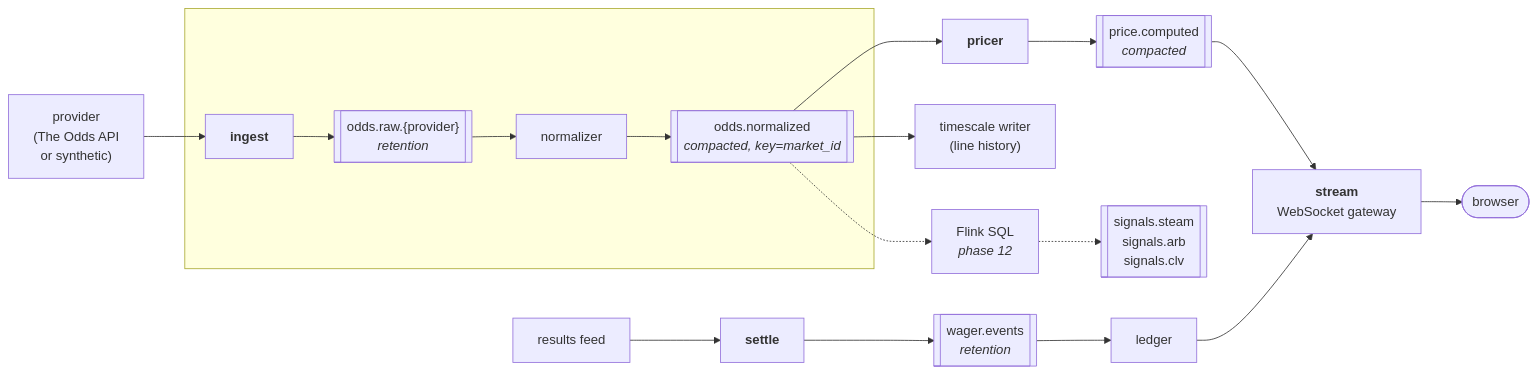
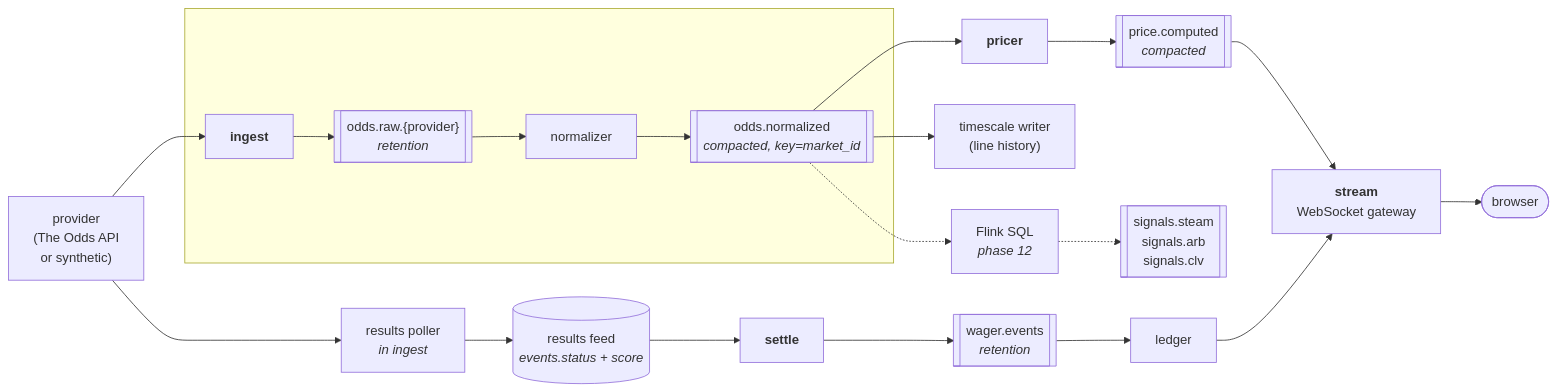
One commit to anpl1623/sharpline changed the diagram in README.md. Above: the diagram before and after it, drawn with Mermaid. The commit also changed other lines of this file and 138 other files, not shown here.

````diff
--- a/README.md
+++ b/README.md
@@ -127,32 +128,33 @@
 ```mermaid
 flowchart LR
     PROV["provider<br/>(The Odds API<br/>or synthetic)"]
 
     subgraph ingestion [" "]
         ING["<b>ingest</b>"]
         RAW[["odds.raw.{provider}<br/><i>retention</i>"]]
         NORM["normalizer"]
         NRM[["odds.normalized<br/><i>compacted, key=market_id</i>"]]
     end
 
     PRICER["<b>pricer</b>"]
     PC[["price.computed<br/><i>compacted</i>"]]
     TSW["timescale writer<br/>(line history)"]
     FLINK["Flink SQL<br/><i>phase 12</i>"]
     SIG[["signals.steam<br/>signals.arb<br/>signals.clv"]]
 
-    RES["results feed"]
+    RESP["results poller<br/><i>in ingest</i>"]
+    RES[("results feed<br/><i>events.status + score</i>")]
     SETTLE["<b>settle</b>"]
     WE[["wager.events<br/><i>retention</i>"]]
     LEDGER["ledger"]
 
     STREAM["<b>stream</b><br/>WebSocket gateway"]
     BROWSER(["browser"])
 
     PROV --> ING --> RAW --> NORM --> NRM
     NRM --> PRICER --> PC --> STREAM
     NRM --> TSW
     NRM -.-> FLINK -.-> SIG
-    RES --> SETTLE --> WE --> LEDGER --> STREAM
+    PROV --> RESP --> RES --> SETTLE --> WE --> LEDGER --> STREAM
     STREAM --> BROWSER
 ```
````
